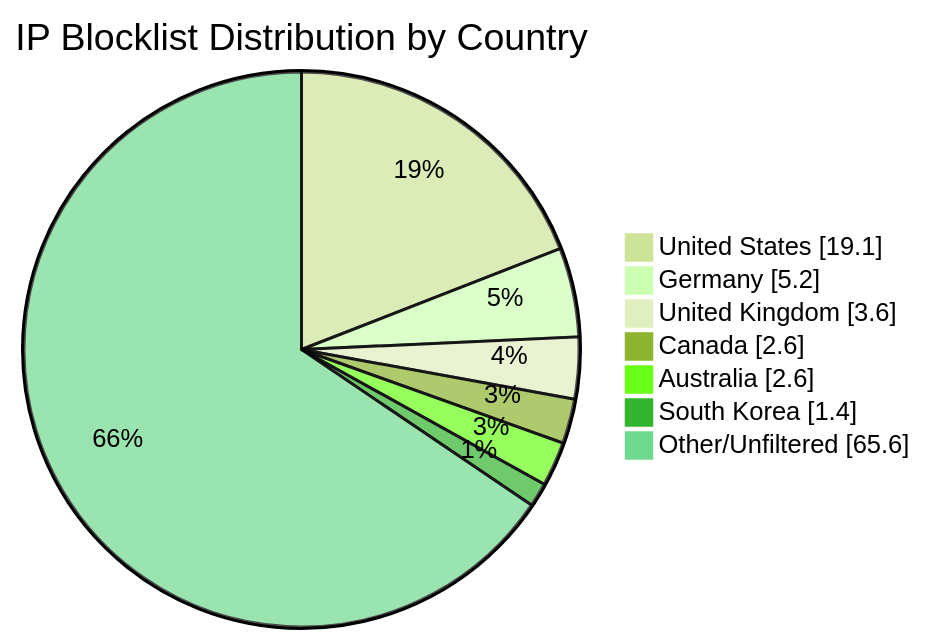
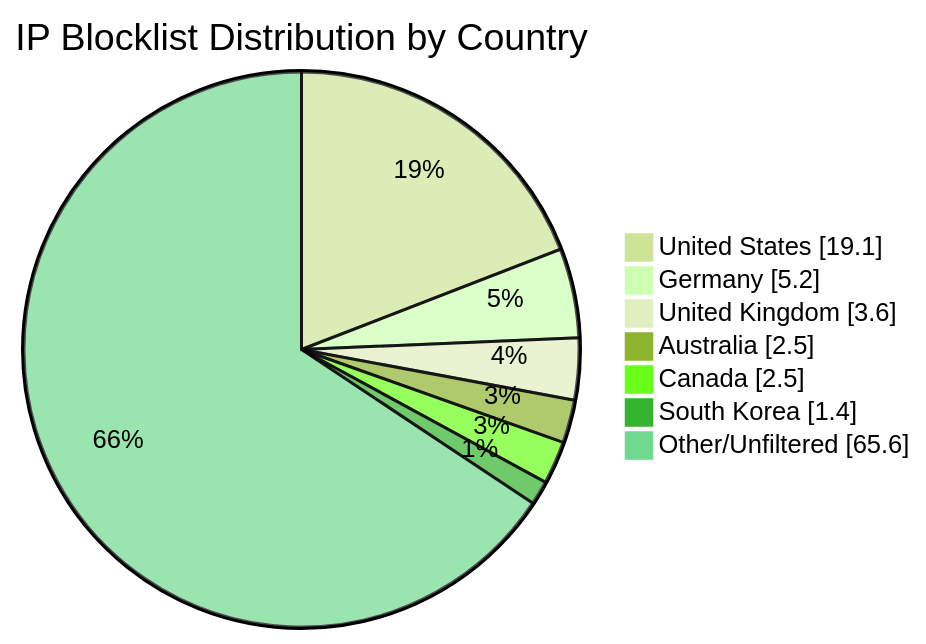
The diagram in README.md (MarcusHoltz/ipblocklist-geofiltered-aggregator), drawn with Mermaid (forest theme) before and after one commit. The commit also changed other lines of this file and 9 other files, not shown here.

````diff
--- a/README.md
+++ b/README.md
@@ -34,10 +34,10 @@
 ```mermaid
 pie showData title IP Blocklist Distribution by Country
 "United States" : 19.1
 "Germany" : 5.2
 "United Kingdom" : 3.6
-"Canada" : 2.6
-"Australia" : 2.6
+"Australia" : 2.5
+"Canada" : 2.5
 "South Korea" : 1.4
 "Other/Unfiltered" : 65.6
 ```
````
